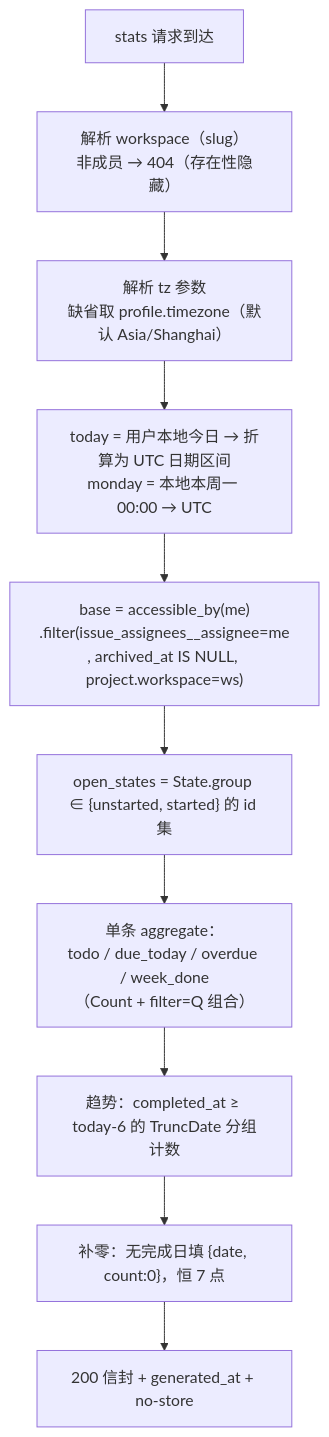
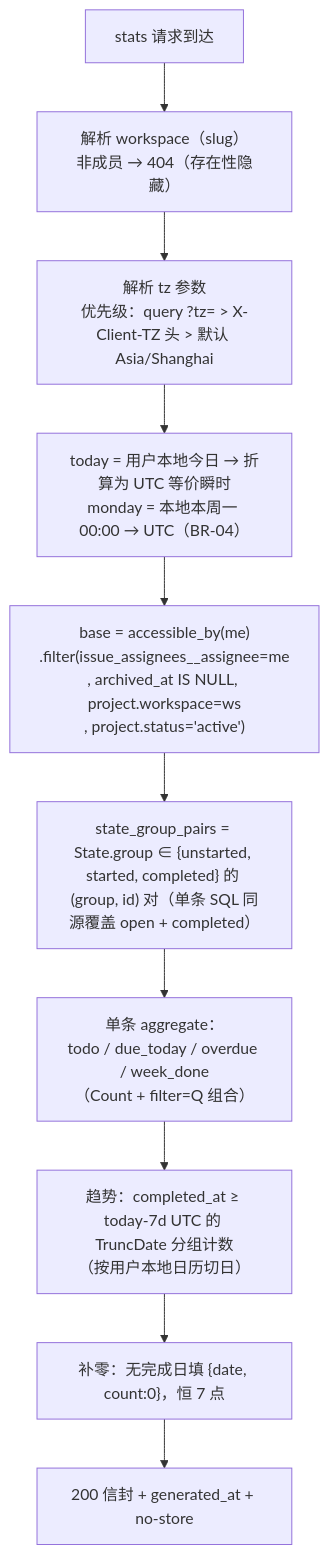
One commit to RabbitAI-Lab/RabbitProjects changed the second of 3 diagrams in docs/sprint-1-mvp/RPT-001-personal-stats.md. Above: the diagram before and after it, drawn with Mermaid. The commit also changed other lines of this file and 11 other files, not shown here.

````diff
--- a/docs/sprint-1-mvp/RPT-001-personal-stats.md
+++ b/docs/sprint-1-mvp/RPT-001-personal-stats.md
@@ -133,12 +134,12 @@
 ```mermaid
 flowchart TD
     A["stats 请求到达"] --> B["解析 workspace（slug）<br/>非成员 → 404（存在性隐藏）"]
-    B --> C["解析 tz 参数<br/>缺省取 profile.timezone（默认 Asia/Shanghai）"]
-    C --> D["today = 用户本地今日 → 折算为 UTC 日期区间<br/>monday = 本地本周一 00:00 → UTC"]
-    D --> E["base = accessible_by(me)<br/>.filter(issue_assignees__assignee=me<br/>, archived_at IS NULL, project.workspace=ws)"]
-    E --> F["open_states = State.group ∈ {unstarted, started} 的 id 集"]
+    B --> C["解析 tz 参数<br/>优先级：query ?tz= > X-Client-TZ 头 > 默认 Asia/Shanghai"]
+    C --> D["today = 用户本地今日 → 折算为 UTC 等价瞬时<br/>monday = 本地本周一 00:00 → UTC（BR-04）"]
+    D --> E["base = accessible_by(me)<br/>.filter(issue_assignees__assignee=me<br/>, archived_at IS NULL, project.workspace=ws<br/>, project.status='active')"]
+    E --> F["state_group_pairs = State.group ∈ {unstarted, started, completed} 的 (group, id) 对（单条 SQL 同源覆盖 open + completed）"]
     F --> G["单条 aggregate：<br/>todo / due_today / overdue / week_done<br/>（Count + filter=Q 组合）"]
-    G --> H["趋势：completed_at ≥ today-6 的 TruncDate 分组计数"]
+    G --> H["趋势：completed_at ≥ today-7d UTC 的 TruncDate 分组计数<br/>（按用户本地日历切日）"]
     H --> I["补零：无完成日填 {date, count:0}，恒 7 点"]
     I --> J["200 信封 + generated_at + no-store"]
 ```
````
